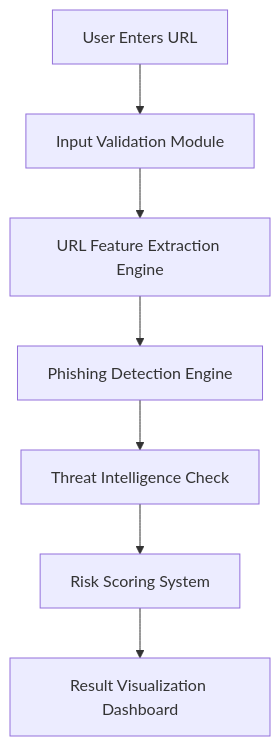
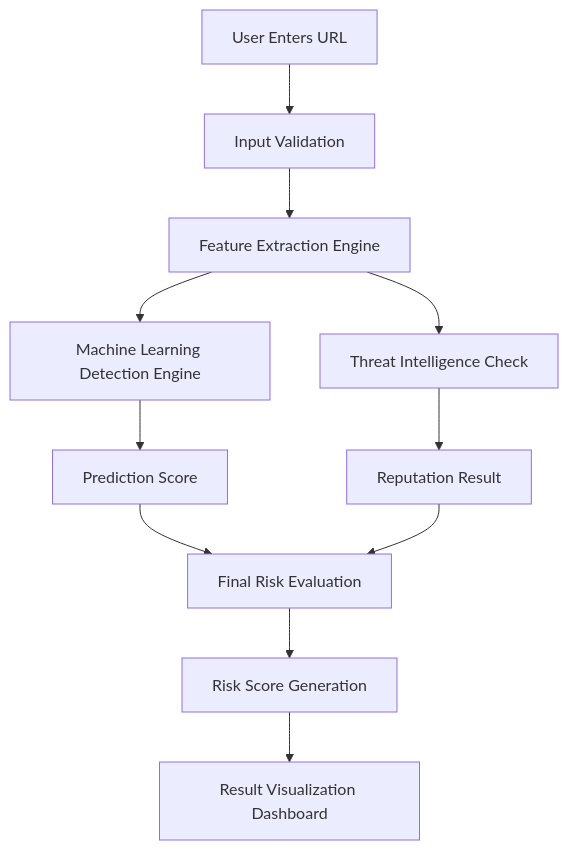
The first of 3 diagrams in Documents/mechanism.md (CyberShieldLabs/Smart-Phishing-Detection-URL-Risk-Analyzer), drawn with Mermaid before and after one commit.

Commit message:
updated flowchart

````diff
--- a/Documents/mechanism.md
+++ b/Documents/mechanism.md
@@ -12,9 +12,18 @@
 ```mermaid
 flowchart TD
-    A[User Enters URL] --> B[Input Validation Module]
-    B --> C[URL Feature Extraction Engine]
-    C --> D[Phishing Detection Engine]
-    D --> E[Threat Intelligence Check]
-    E --> F[Risk Scoring System]
-    F --> G[Result Visualization Dashboard]
+    A[User Enters URL] --> B[Input Validation]
+    B --> C[Feature Extraction Engine]
+
+    C --> D[Machine Learning Detection Engine]
+    C --> E[Threat Intelligence Check]
+
+    D --> F[Prediction Score]
+    E --> G[Reputation Result]
+
+    F --> H[Final Risk Evaluation]
+    G --> H
+
+    H --> I[Risk Score Generation]
+    I --> J[Result Visualization Dashboard]
+
 ```
````
